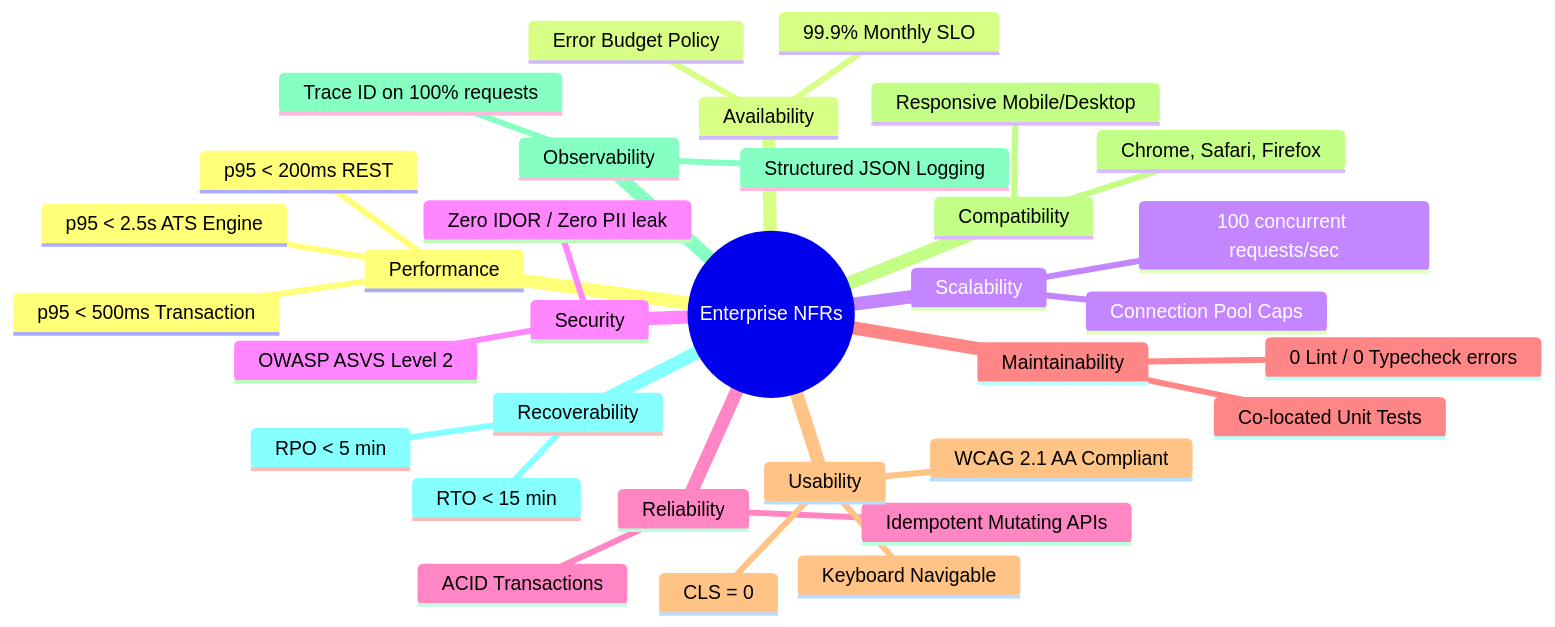
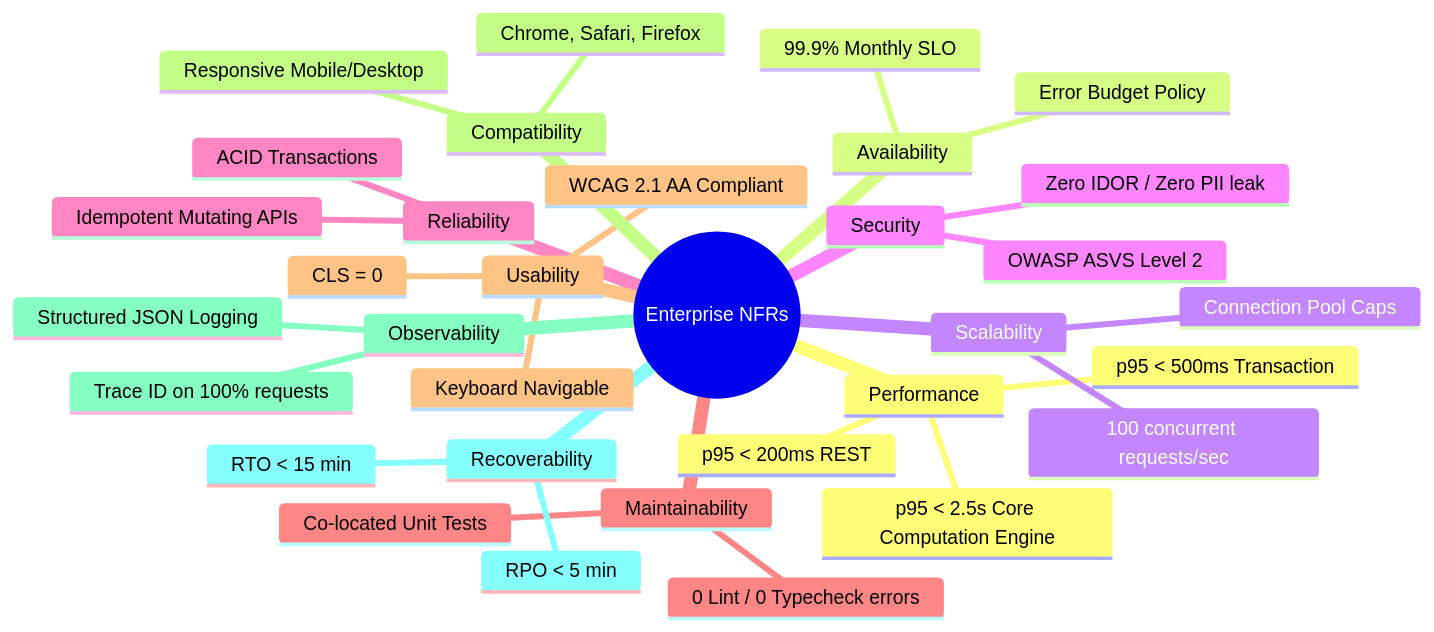
The diagram in skills/nfr-governance/SKILL.md (adjiehf231/AI-MASTER-ORCHESTRATOR-DEVELOPMENT), drawn with Mermaid before and after one commit. The commit also changed other lines of this file and 139 other files, not shown here.

````diff
--- a/skills/nfr-governance/SKILL.md
+++ b/skills/nfr-governance/SKILL.md
@@ -18,36 +18,36 @@
 ```mermaid
 mindmap
   root((Enterprise NFRs))
     Performance
       p95 < 200ms REST
       p95 < 500ms Transaction
-      p95 < 2.5s ATS Engine
+      p95 < 2.5s Core Computation Engine
     Availability
       99.9% Monthly SLO
       Error Budget Policy
     Scalability
       100 concurrent requests/sec
       Connection Pool Caps
     Security
       OWASP ASVS Level 2
       Zero IDOR / Zero PII leak
     Reliability
       ACID Transactions
       Idempotent Mutating APIs
     Maintainability
       0 Lint / 0 Typecheck errors
       Co-located Unit Tests
     Usability
       WCAG 2.1 AA Compliant
       Keyboard Navigable
       CLS = 0
     Compatibility
       Chrome, Safari, Firefox
       Responsive Mobile/Desktop
     Observability
       Trace ID on 100% requests
       Structured JSON Logging
     Recoverability
       RTO < 15 min
       RPO < 5 min
 ```
````
